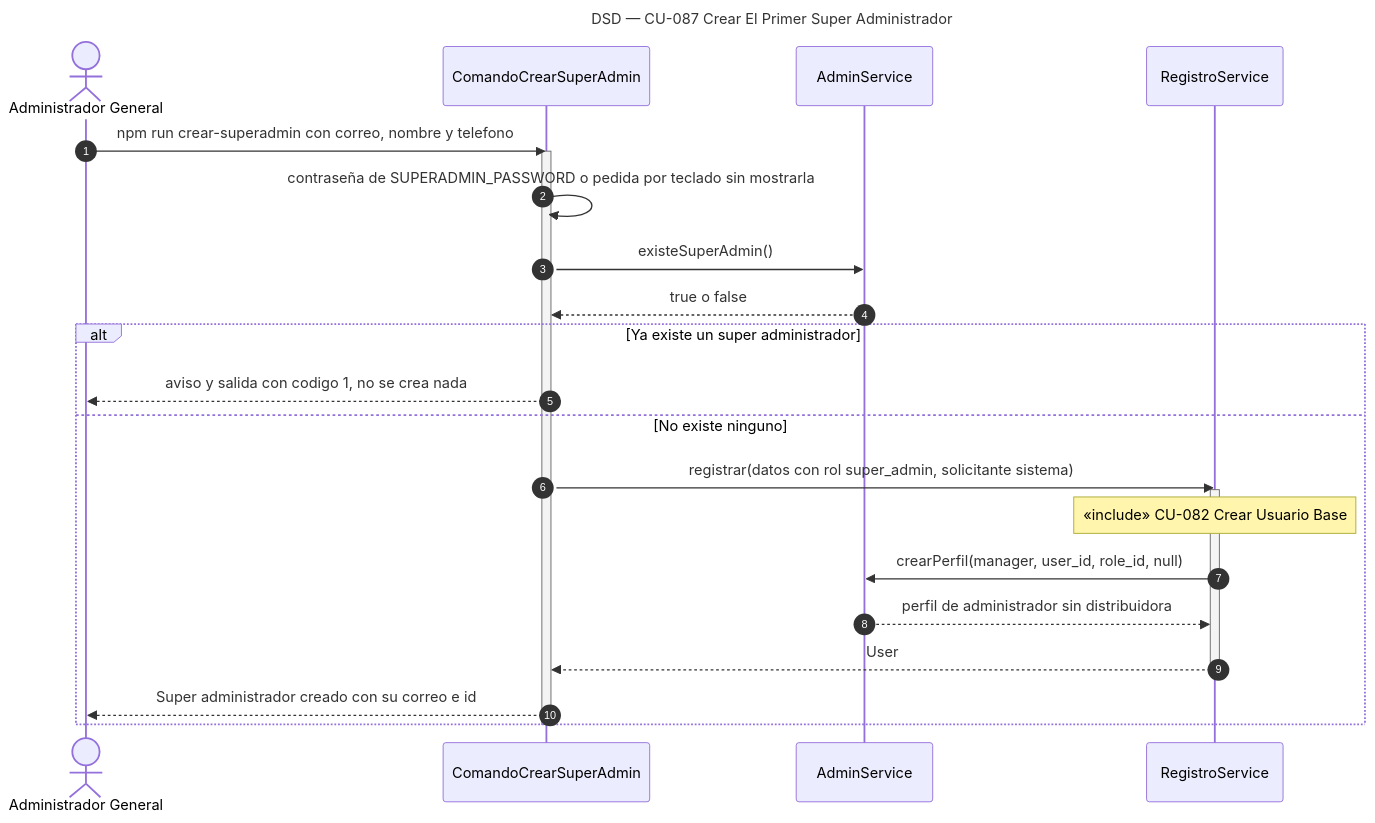
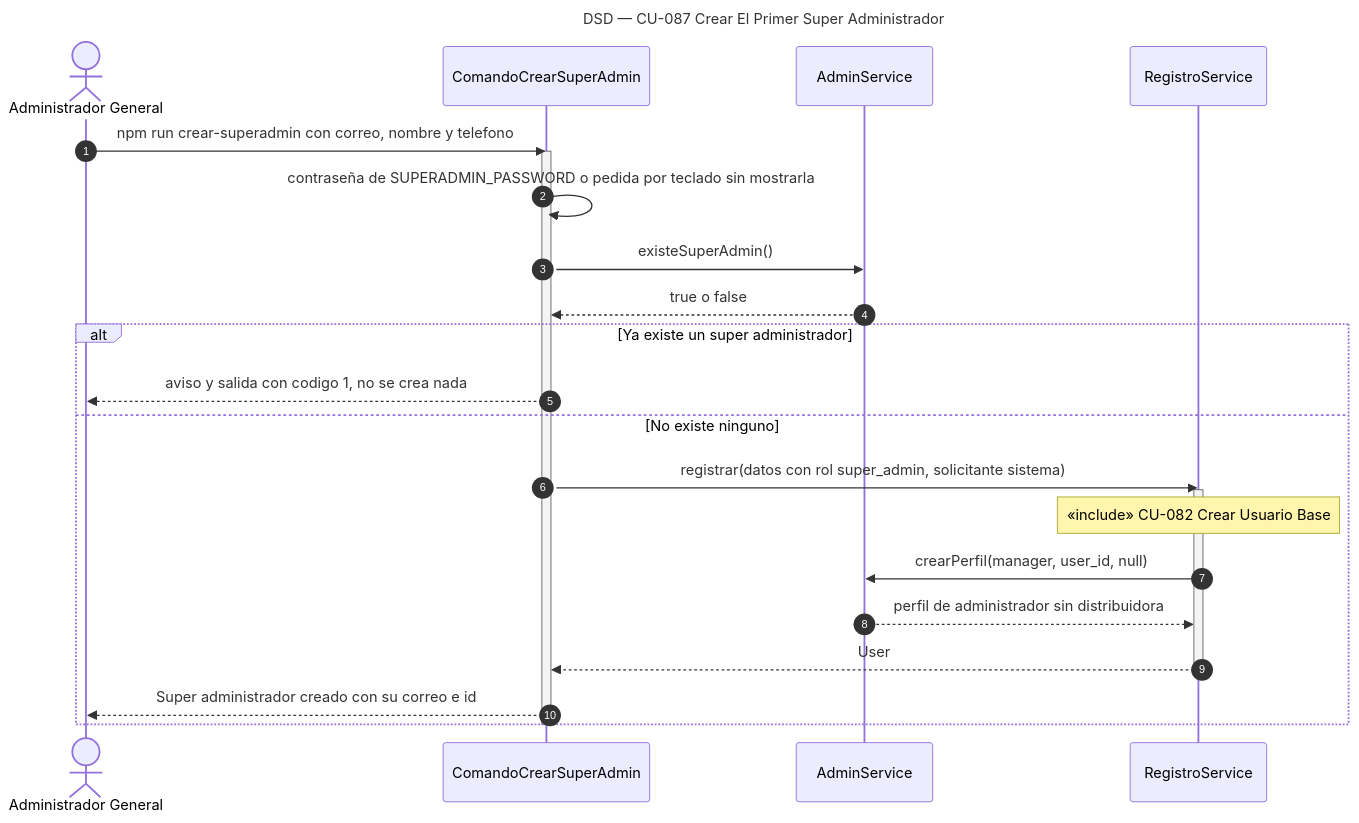
Before and after one commit to Nahuelito-Dev/splg-docs: the diagram in diagramas/DSD_CU-087_Crear-El-Primer-Super-Administrador.mmd, drawn with Mermaid. The commit also changed 10 other files, not shown here.

```diff
--- a/diagramas/DSD_CU-087_Crear-El-Primer-Super-Administrador.mmd
+++ b/diagramas/DSD_CU-087_Crear-El-Primer-Super-Administrador.mmd
@@ -1,26 +1,26 @@
 sequenceDiagram
     title DSD — CU-087 Crear El Primer Super Administrador
     autonumber
     actor GEN as Administrador General
     participant CLI as ComandoCrearSuperAdmin
     participant ASRV as AdminService
     participant SRV as RegistroService
 
     GEN->>CLI: npm run crear-superadmin con correo, nombre y telefono
     activate CLI
     CLI->>CLI: contraseña de SUPERADMIN_PASSWORD o pedida por teclado sin mostrarla
     CLI->>ASRV: existeSuperAdmin()
     ASRV-->>CLI: true o false
     alt Ya existe un super administrador
         CLI-->>GEN: aviso y salida con codigo 1, no se crea nada
     else No existe ninguno
         CLI->>SRV: registrar(datos con rol super_admin, solicitante sistema)
         activate SRV
         Note over SRV: «include» CU-082 Crear Usuario Base
-        SRV->>ASRV: crearPerfil(manager, user_id, role_id, null)
+        SRV->>ASRV: crearPerfil(manager, user_id, null)
         ASRV-->>SRV: perfil de administrador sin distribuidora
         SRV-->>CLI: User
         deactivate SRV
         CLI-->>GEN: Super administrador creado con su correo e id
     end
     deactivate CLI
```
